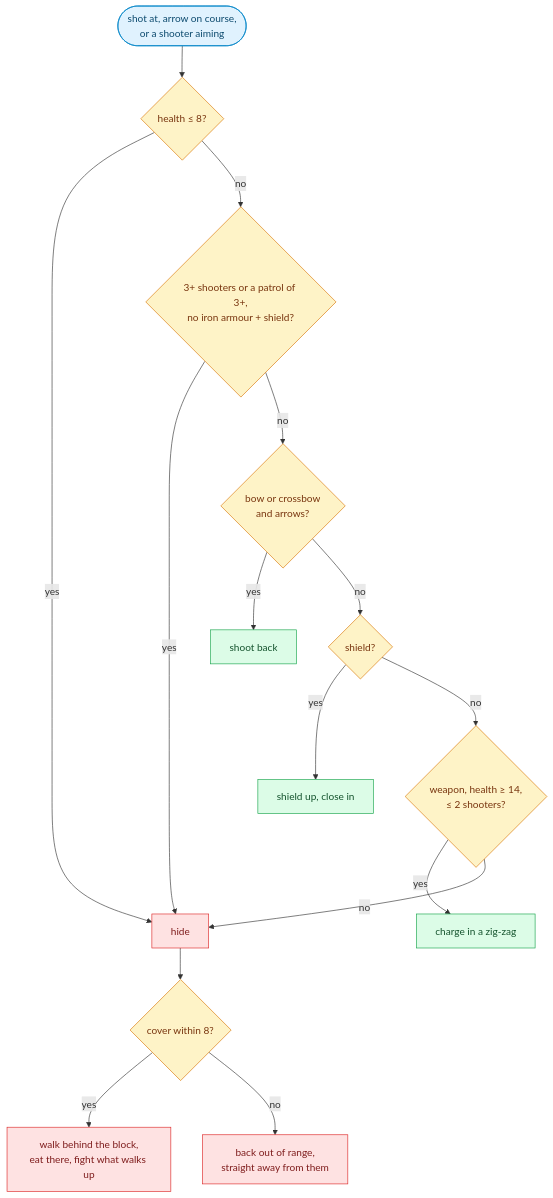
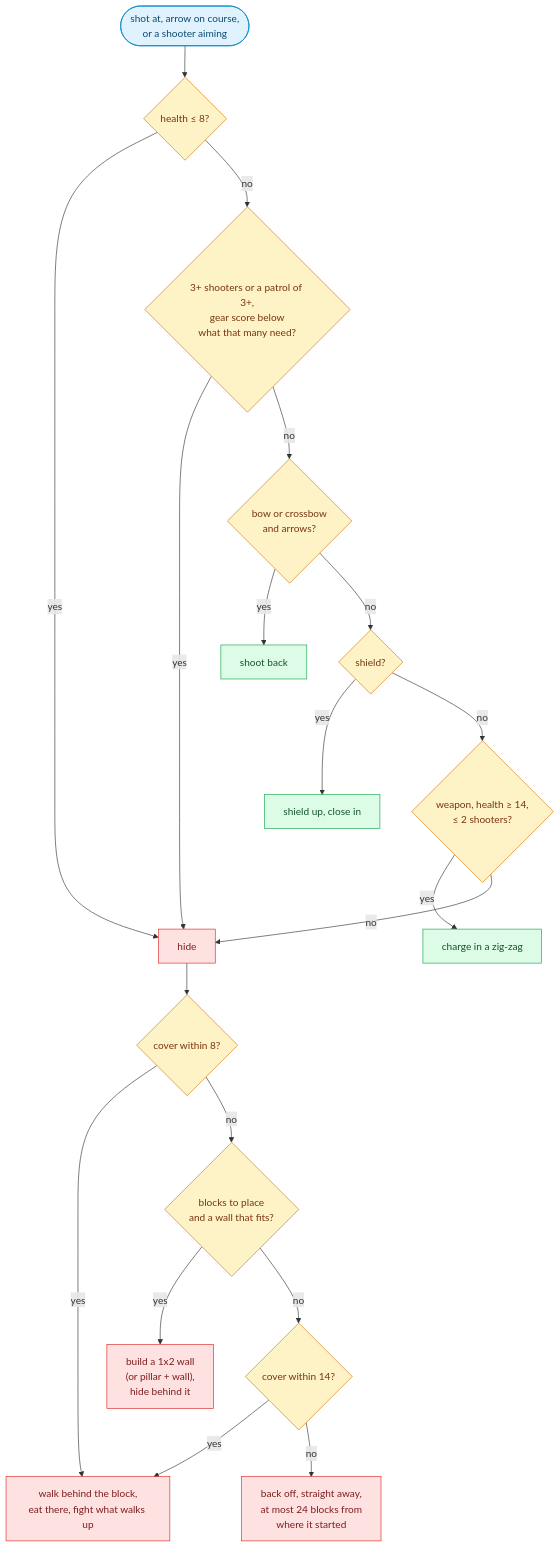
One commit to thereisnotime/golemkit changed the fifth of 6 diagrams in docs/concepts/world.md. Above: the diagram before and after it, drawn with Mermaid. The commit also changed other lines of this file and 5 other files, not shown here.

Commit message:
Docs and spec for build cover, graded gear, hide time and danger zones

````diff
--- a/docs/concepts/world.md
+++ b/docs/concepts/world.md
@@ -248,25 +248,29 @@
 ```mermaid
 flowchart TB
   A(["shot at, arrow on course,<br/>or a shooter aiming"]) --> L{"health ≤ 8?"}
   L -- yes --> H["hide"]
-  L -- no --> O{"3+ shooters or a patrol of 3+,<br/>no iron armour + shield?"}
+  L -- no --> O{"3+ shooters or a patrol of 3+,<br/>gear score below<br/>what that many need?"}
   O -- yes --> H
   O -- no --> B{"bow or crossbow<br/>and arrows?"}
   B -- yes --> S["shoot back"]
   B -- no --> SH{"shield?"}
   SH -- yes --> C["shield up, close in"]
   SH -- no --> CH{"weapon, health ≥ 14,<br/>≤ 2 shooters?"}
   CH -- yes --> Z["charge in a zig-zag"]
   CH -- no --> H
   H --> CV{"cover within 8?"}
   CV -- yes --> CO["walk behind the block,<br/>eat there, fight what walks up"]
-  CV -- no --> R["back out of range,<br/>straight away from them"]
+  CV -- no --> BL{"blocks to place<br/>and a wall that fits?"}
+  BL -- yes --> W["build a 1x2 wall<br/>(or pillar + wall),<br/>hide behind it"]
+  BL -- no --> CF{"cover within 14?"}
+  CF -- yes --> CO
+  CF -- no --> R["back off, straight away,<br/>at most 24 blocks from<br/>where it started"]
   classDef a fill:#e0f2fe,stroke:#0284c7,color:#0c4a6e
   classDef d fill:#fef3c7,stroke:#d97706,color:#78350f
   classDef g fill:#dcfce7,stroke:#16a34a,color:#14532d
   classDef r fill:#fee2e2,stroke:#dc2626,color:#7f1d1d
   class A a
-  class L,O,B,SH,CH,CV d
+  class L,O,B,SH,CH,CV,BL,CF d
   class S,C,Z g
-  class H,CO,R r
+  class H,CO,W,R r
 ```
````
